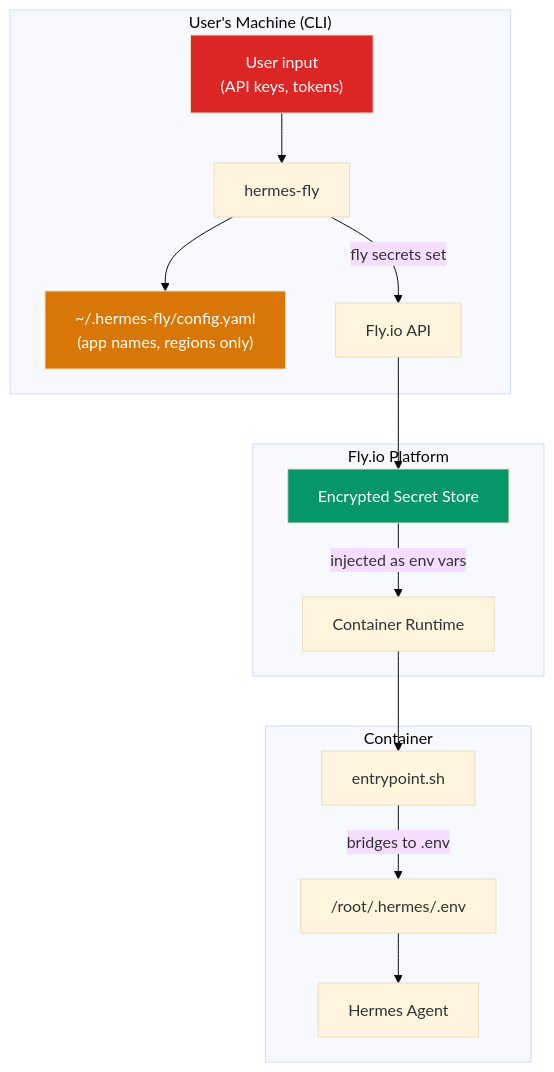
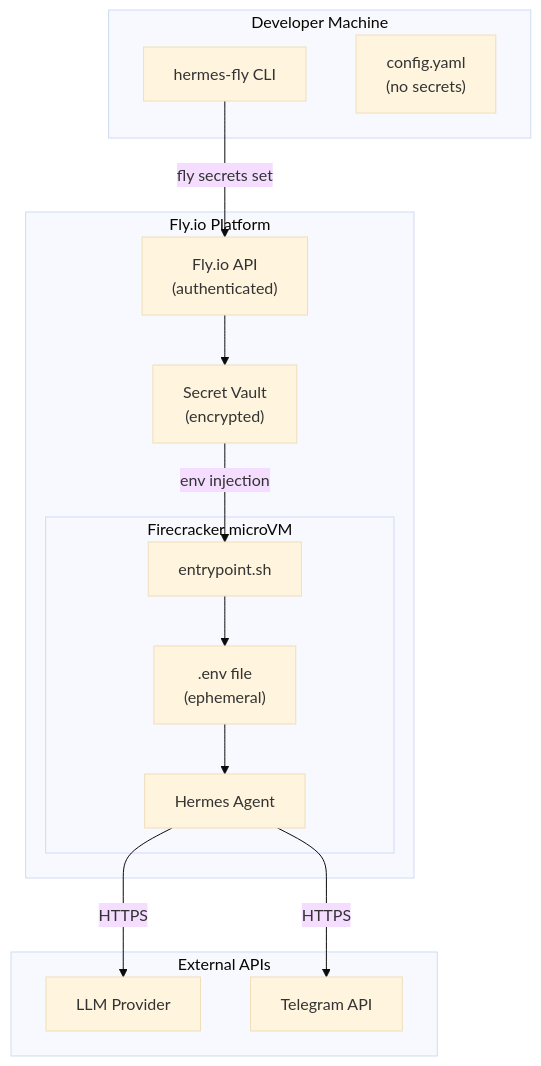
Before and after one commit to AxDSan/hermes-fly: the second of 2 diagrams in docs/psf/09-security.md, drawn with Mermaid (base theme). The commit also changed other lines of this file and 23 other files, not shown here.

````diff
--- a/docs/psf/09-security.md
+++ b/docs/psf/09-security.md
@@ -17,23 +88,26 @@
 ```mermaid
-graph TD
-    subgraph "User's Machine (CLI)"
-        INPUT["User input<br/>(API keys, tokens)"] --> CLI["hermes-fly"]
-        CLI --> CONFIG["~/.hermes-fly/config.yaml<br/>(app names, regions only)"]
-        CLI -->|"fly secrets set"| FLYAPI["Fly.io API"]
+graph TB
+    subgraph "Developer Machine"
+        CLI["hermes-fly CLI"]
+        CF["config.yaml<br/>(no secrets)"]
     end
-
     subgraph "Fly.io Platform"
-        FLYAPI --> SECRETS["Encrypted Secret Store"]
-        SECRETS -->|"injected as env vars"| CONTAINER["Container Runtime"]
+        API["Fly.io API<br/>(authenticated)"]
+        VAULT["Secret Vault<br/>(encrypted)"]
+        subgraph "Firecracker microVM"
+            EP["entrypoint.sh"]
+            HA["Hermes Agent"]
+            ENV[".env file<br/>(ephemeral)"]
+        end
     end
-
-    subgraph "Container"
-        CONTAINER --> ENTRYPOINT["entrypoint.sh"]
-        ENTRYPOINT -->|"bridges to .env"| DOTENV["/root/.hermes/.env"]
-        DOTENV --> HERMES["Hermes Agent"]
+    subgraph "External APIs"
+        LLM["LLM Provider"]
+        TG["Telegram API"]
     end
-
-    style INPUT fill:#dc2626,color:#fff
-    style SECRETS fill:#059669,color:#fff
-    style CONFIG fill:#d97706,color:#fff
+    CLI -->|"fly secrets set"| API
+    API --> VAULT
+    VAULT -->|"env injection"| EP
+    EP --> ENV --> HA
+    HA -->|"HTTPS"| LLM
+    HA -->|"HTTPS"| TG
 ```
````
